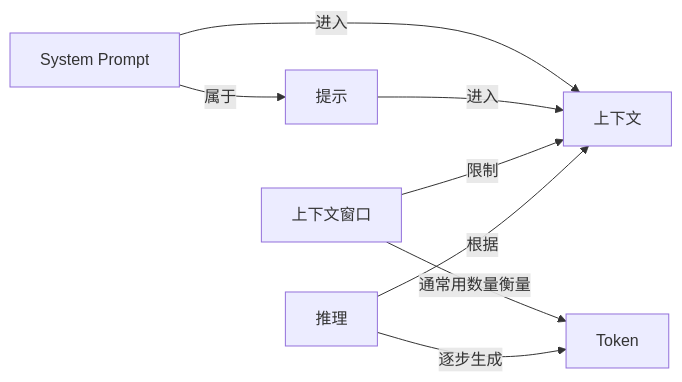
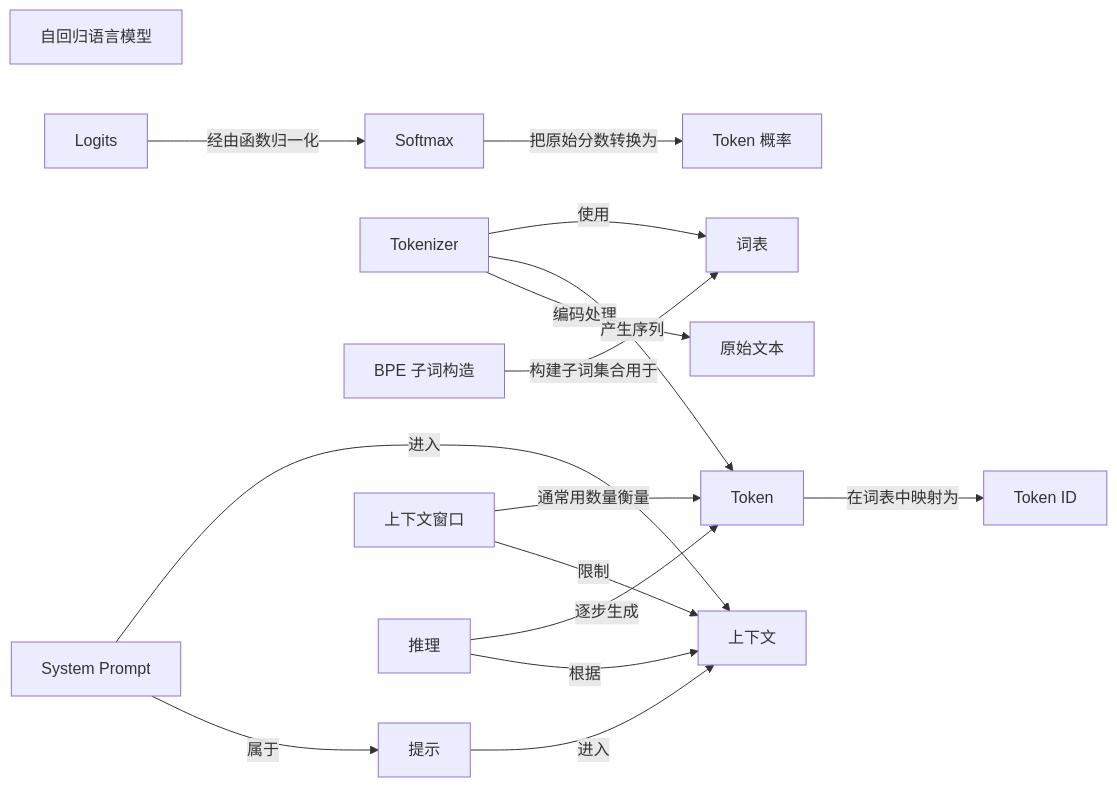
One commit to z-Zihan/LLM-101 changed the third of 9 diagrams in 知识网络.md. Above: the diagram before and after it, drawn with Mermaid. The commit also changed other lines of this file and 7 other files, not shown here.

````diff
--- a/知识网络.md
+++ b/知识网络.md
@@ -183,16 +194,32 @@
 ```mermaid
 flowchart LR
     n_prompt["提示"]
     n_token["Token"]
+    n_text["原始文本"]
+    n_tokenizer["Tokenizer"]
+    n_bpe["BPE 子词构造"]
+    n_vocabulary["词表"]
+    n_token_id["Token ID"]
+    n_autoregressive_language_model["自回归语言模型"]
+    n_logits["Logits"]
+    n_softmax["Softmax"]
+    n_probability["Token 概率"]
     n_context["上下文"]
     n_context_window["上下文窗口"]
     n_inference["推理"]
     n_system_prompt["System Prompt"]
+    n_tokenizer -->|"编码处理"| n_text
+    n_tokenizer -->|"产生序列"| n_token
+    n_bpe -->|"构建子词集合用于"| n_vocabulary
+    n_tokenizer -->|"使用"| n_vocabulary
+    n_token -->|"在词表中映射为"| n_token_id
+    n_softmax -->|"把原始分数转换为"| n_probability
+    n_logits -->|"经由函数归一化"| n_softmax
     n_system_prompt -->|"属于"| n_prompt
     n_system_prompt -->|"进入"| n_context
     n_prompt -->|"进入"| n_context
     n_context_window -->|"限制"| n_context
     n_context_window -->|"通常用数量衡量"| n_token
     n_inference -->|"根据"| n_context
     n_inference -->|"逐步生成"| n_token
 ```
````
